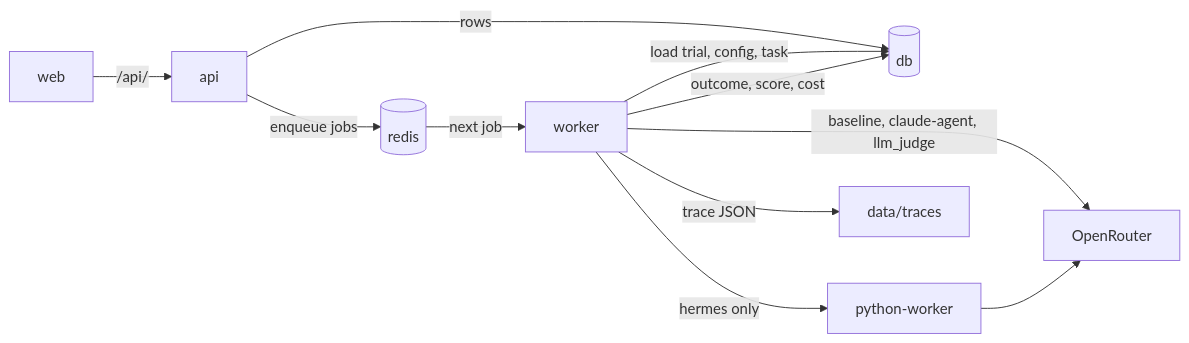
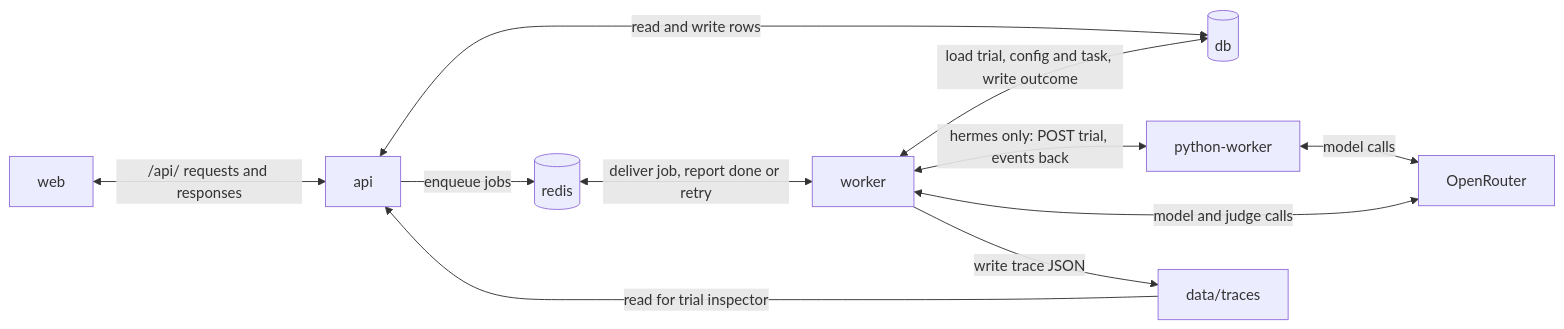
Before and after one commit to satyampurwar/agent-evals: the diagram in README.md, drawn with Mermaid.

Commit message:
docs: show two-way flows in task fulfillment diagram

````diff
--- a/README.md
+++ b/README.md
@@ -177,13 +177,13 @@
 ```mermaid
 flowchart LR
-  UI[web] -->|/api/| API[api]
-  API -->|rows| DB[(db)]
+  UI[web] <-->|/api/ requests and responses| API[api]
+  API <-->|read and write rows| DB[(db)]
   API -->|enqueue jobs| R[(redis)]
-  R -->|next job| W[worker]
-  W -->|load trial, config, task| DB
-  W -->|hermes only| PW[python-worker]
-  W -->|baseline, claude-agent, llm_judge| OR[OpenRouter]
-  PW --> OR
-  W -->|trace JSON| T[data/traces]
-  W -->|outcome, score, cost| DB
+  R <-->|deliver job, report done or retry| W[worker]
+  W <-->|load trial, config and task, write outcome| DB
+  W <-->|hermes only: POST trial, events back| PW[python-worker]
+  W <-->|model and judge calls| OR[OpenRouter]
+  PW <-->|model calls| OR
+  W -->|write trace JSON| T[data/traces]
+  T -->|read for trial inspector| API
 ```
````
